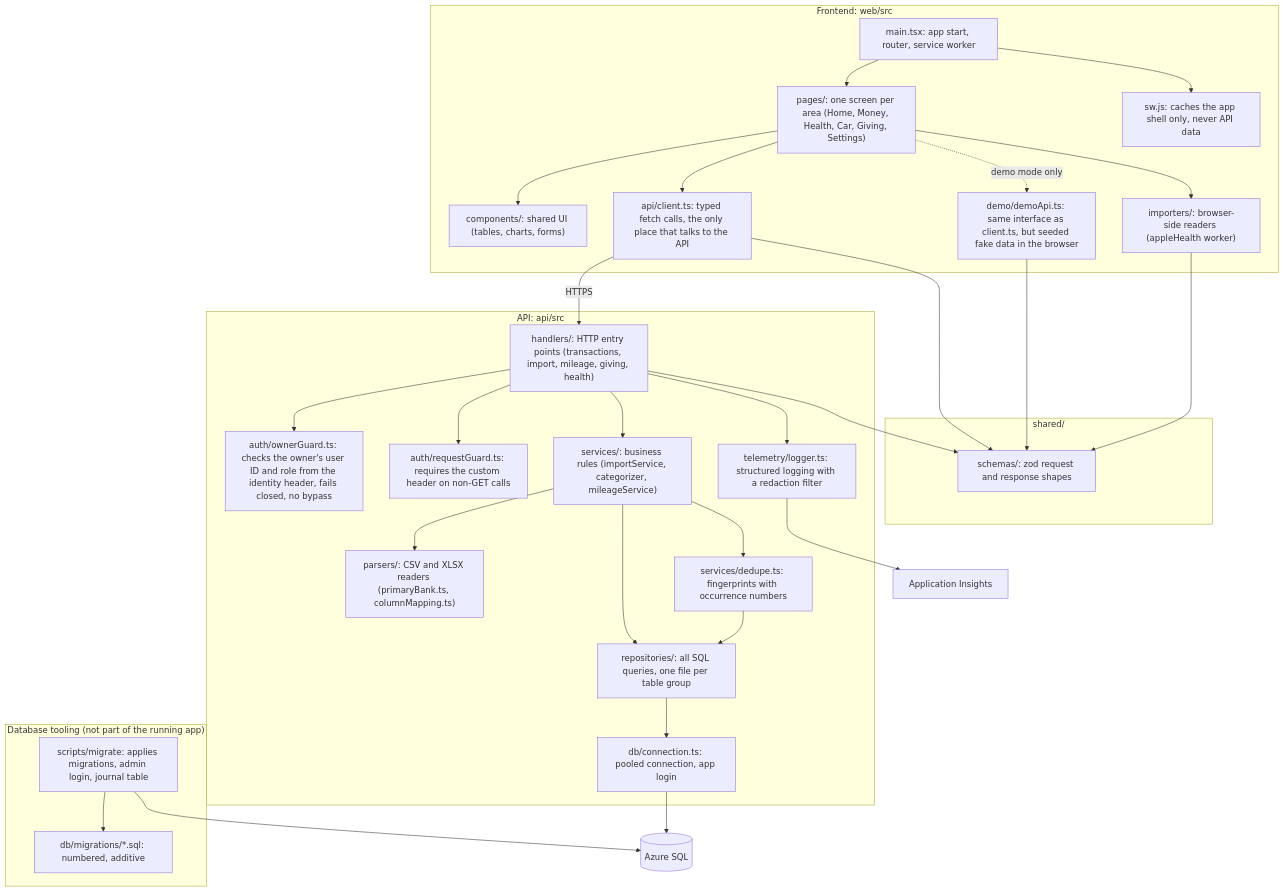
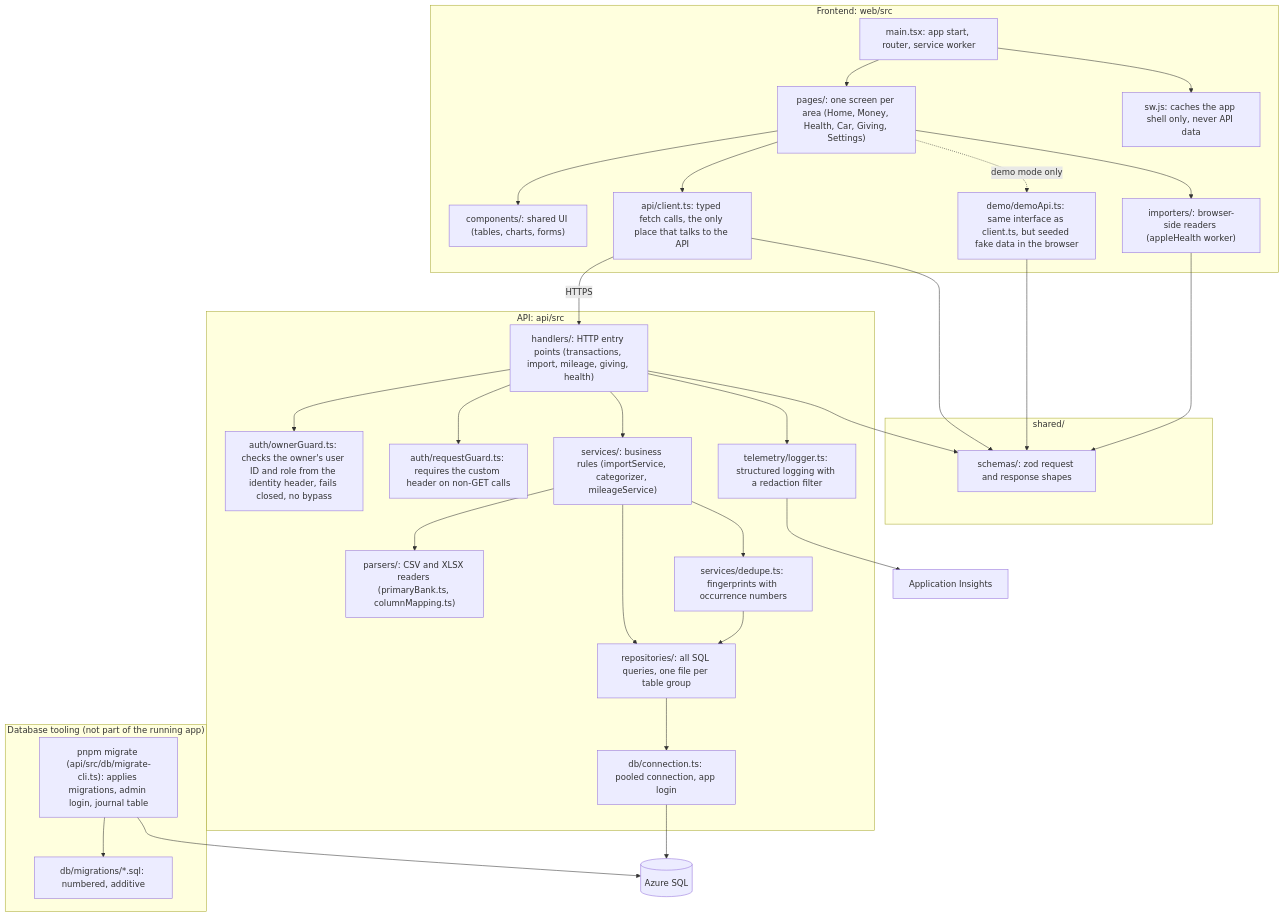
One commit to githubacct54385/life-tracker changed the second of 9 diagrams in ARCHITECTURE.md. Above: the diagram before and after it, drawn with Mermaid. The commit also changed other lines of this file and 24 other files, not shown here.

````diff
--- a/ARCHITECTURE.md
+++ b/ARCHITECTURE.md
@@ -50,64 +50,64 @@
 ```mermaid
 flowchart TD
     subgraph shared["shared/"]
         schemas["schemas/: zod request and response shapes"]
     end
 
     subgraph web["Frontend: web/src"]
         main["main.tsx: app start, router, service worker"]
         pages["pages/: one screen per area (Home, Money, Health, Car, Giving, Settings)"]
         comps["components/: shared UI (tables, charts, forms)"]
         importers["importers/: browser-side readers (appleHealth worker)"]
         client["api/client.ts: typed fetch calls, the only place that talks to the API"]
         demo["demo/demoApi.ts: same interface as client.ts, but seeded fake data in the browser"]
         sw["sw.js: caches the app shell only, never API data"]
     end
 
     subgraph fn["API: api/src"]
         handlers["handlers/: HTTP entry points (transactions, import, mileage, giving, health)"]
         guard["auth/ownerGuard.ts: checks the owner's user ID and role from the identity header, fails closed, no bypass"]
         reqguard["auth/requestGuard.ts: requires the custom header on non-GET calls"]
         services["services/: business rules (importService, categorizer, mileageService)"]
         parsers["parsers/: CSV and XLSX readers (primaryBank.ts, columnMapping.ts)"]
         dedupe["services/dedupe.ts: fingerprints with occurrence numbers"]
         repos["repositories/: all SQL queries, one file per table group"]
         db["db/connection.ts: pooled connection, app login"]
         log["telemetry/logger.ts: structured logging with a redaction filter"]
     end
 
     subgraph ops["Database tooling (not part of the running app)"]
         migrations["db/migrations/*.sql: numbered, additive"]
-        migrate["scripts/migrate: applies migrations, admin login, journal table"]
+        migrate["pnpm migrate (api/src/db/migrate-cli.ts): applies migrations, admin login, journal table"]
     end
 
     sqldb[("Azure SQL")]
     insights["Application Insights"]
 
     main --> pages
     main --> sw
     pages --> comps
     pages --> client
     pages --> importers
     pages -. "demo mode only" .-> demo
     client --> schemas
     demo --> schemas
     importers --> schemas
 
     client -- "HTTPS" --> handlers
 
     handlers --> guard
     handlers --> reqguard
     handlers --> schemas
     handlers --> services
     handlers --> log
     services --> parsers
     services --> dedupe
     services --> repos
     dedupe --> repos
     repos --> db
     db --> sqldb
     log --> insights
 
     migrate --> migrations
     migrate --> sqldb
 ```
````
